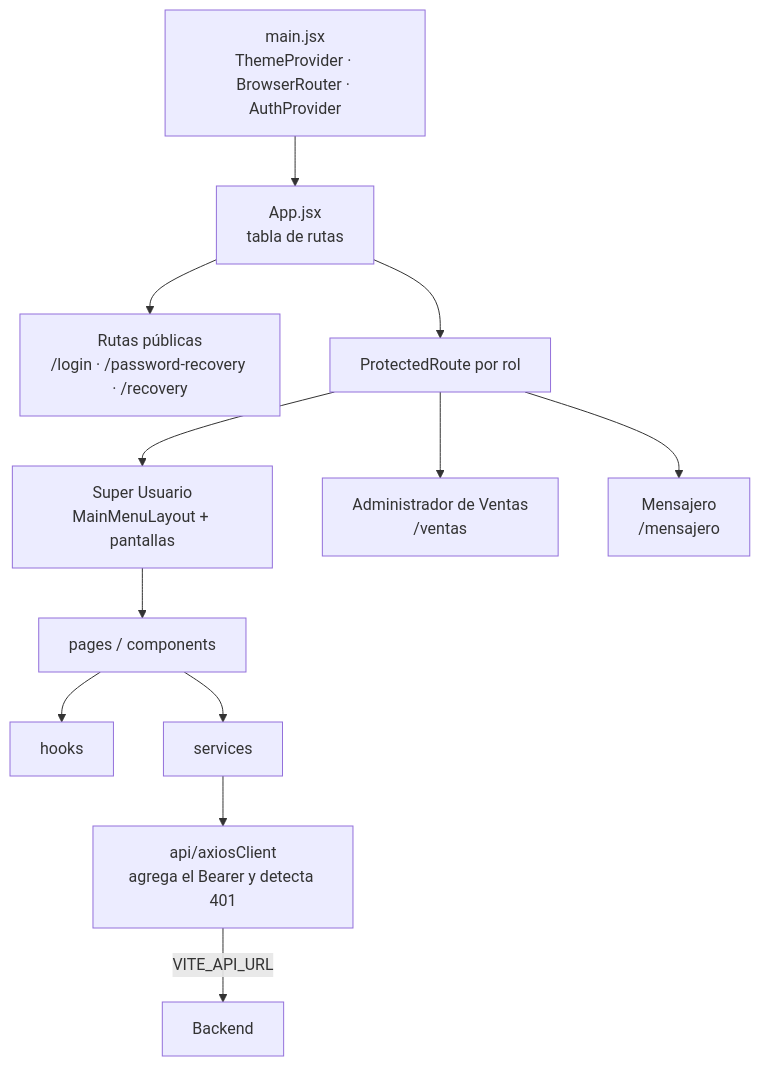
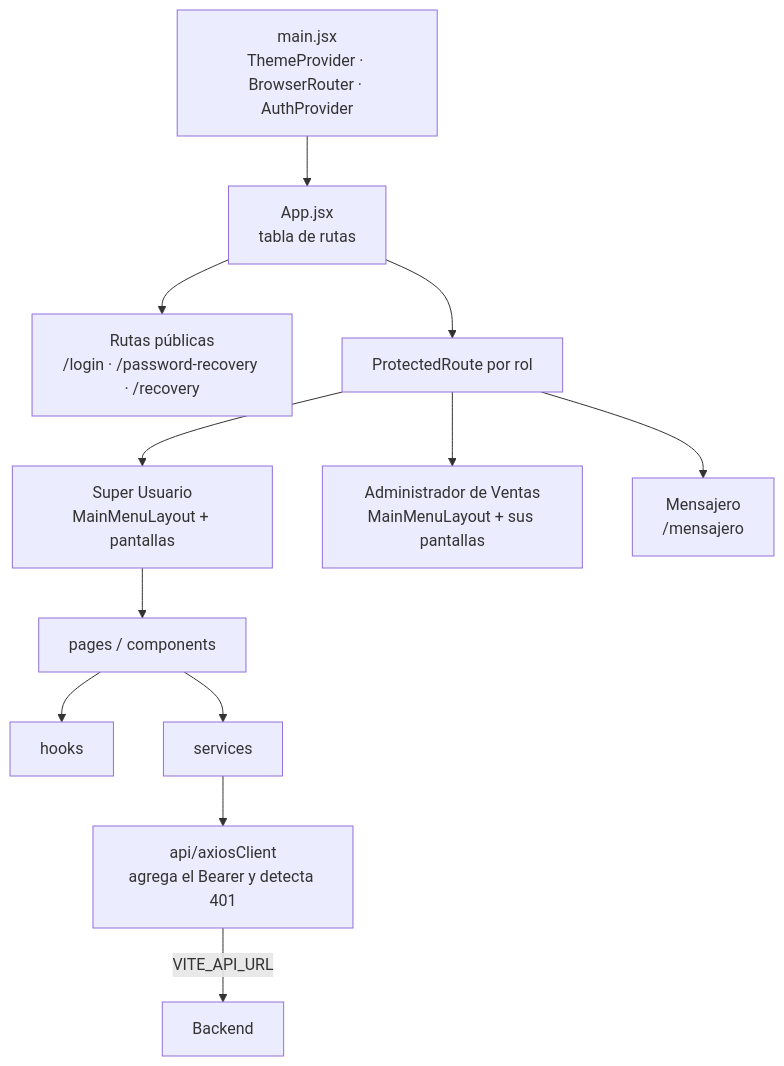
One commit to BlawdTrack/BlawdTrack changed the fifth of 5 diagrams in blawdtrack/docs/arquitectura.md. Above: the diagram before and after it, drawn with Mermaid. The commit also changed 5 other files, not shown here.

Commit message:
docs(hu): documentar la pantalla de duplicados de HU-011 y el menú del Administrador de Ventas #115

````diff
--- a/blawdtrack/docs/arquitectura.md
+++ b/blawdtrack/docs/arquitectura.md
@@ -183,14 +183,14 @@
 ```mermaid
 flowchart TD
     M[main.jsx<br/>ThemeProvider · BrowserRouter · AuthProvider] --> APP[App.jsx<br/>tabla de rutas]
     APP --> PUB[Rutas públicas<br/>/login · /password-recovery · /recovery]
     APP --> PR[ProtectedRoute por rol]
     PR --> SU[Super Usuario<br/>MainMenuLayout + pantallas]
-    PR --> SA[Administrador de Ventas<br/>/ventas]
+    PR --> SA[Administrador de Ventas<br/>MainMenuLayout + sus pantallas]
     PR --> CO[Mensajero<br/>/mensajero]
     SU --> PG[pages / components]
     PG --> HK[hooks]
     PG --> SV[services]
     SV --> AX[api/axiosClient<br/>agrega el Bearer y detecta 401]
     AX -->|VITE_API_URL| BE[Backend]
 ```
````
